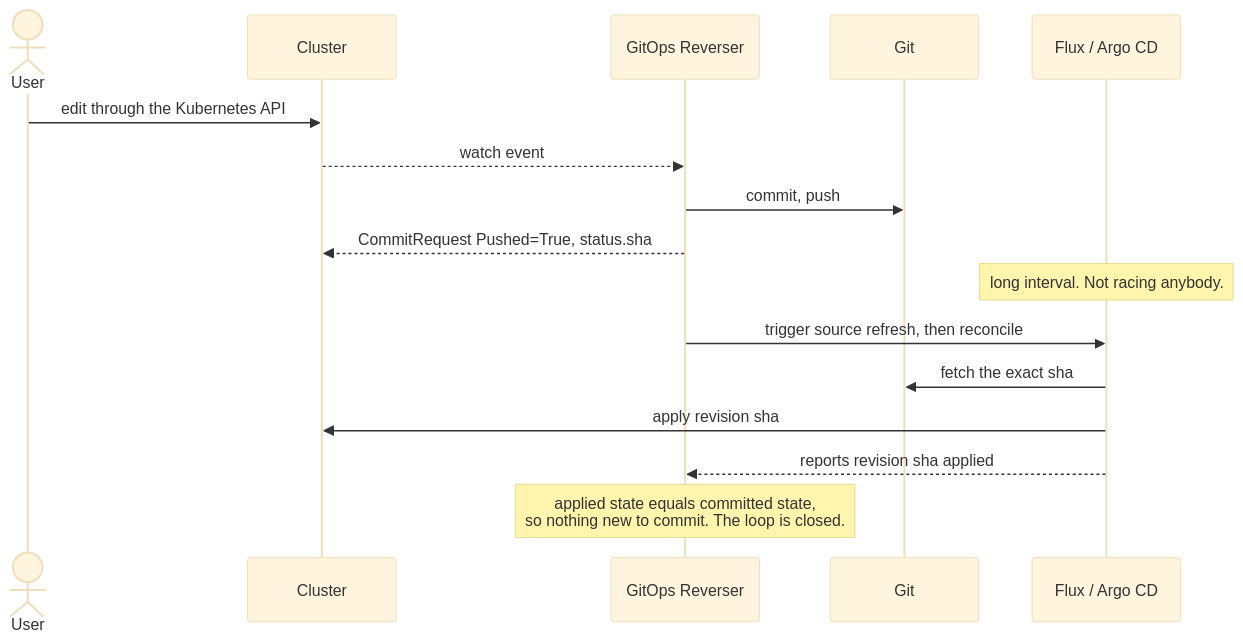
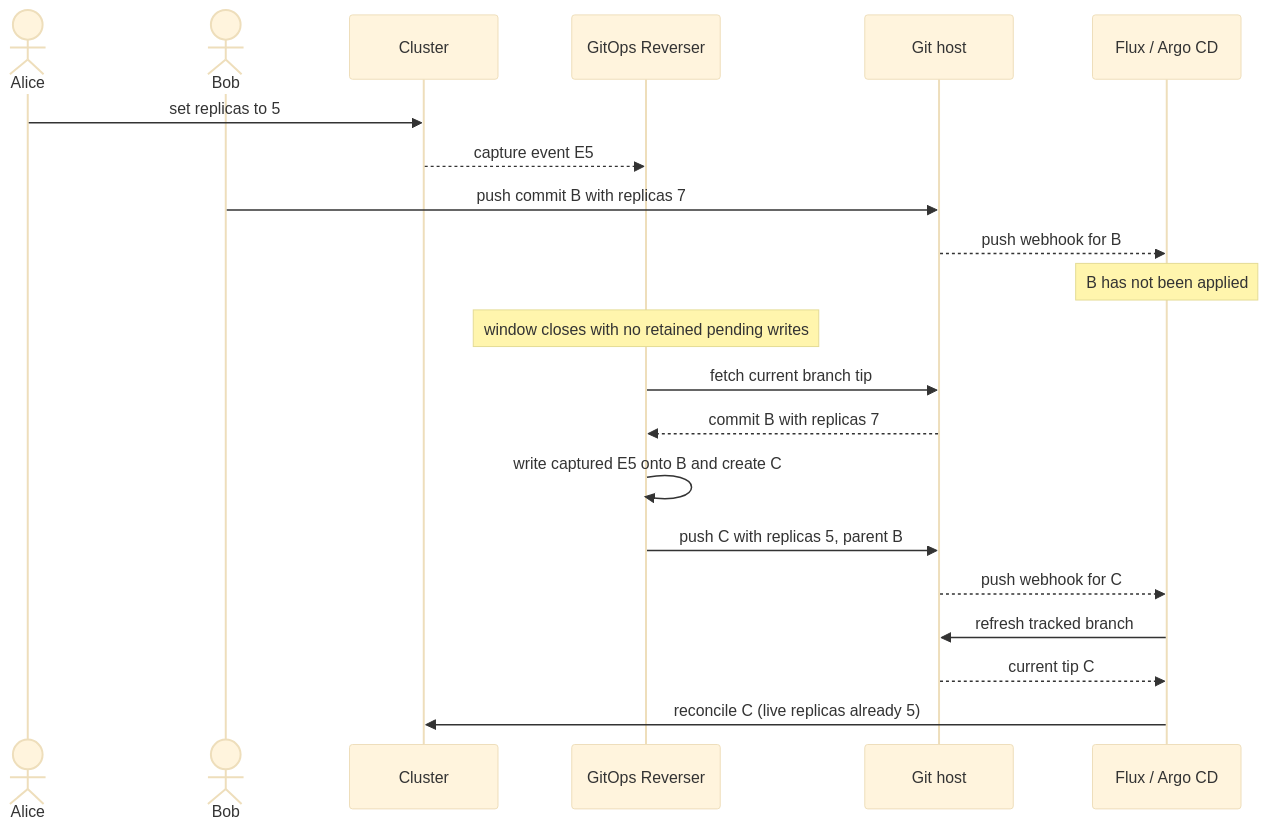
The second of 2 diagrams in docs/bi-directional.md (ConfigButler/gitops-reverser), drawn with Mermaid (base theme) before and after one commit. The commit also changed other lines of this file and 4 other files, not shown here.

````diff
--- a/docs/bi-directional.md
+++ b/docs/bi-directional.md
@@ -71,19 +292,24 @@
 ```mermaid
 sequenceDiagram
-    actor User
+    actor Alice
+    actor Bob
     participant K8s as Cluster
     participant Rev as GitOps Reverser
-    participant Git
+    participant Git as Git host
     participant Recon as Flux / Argo CD
 
-    User->>K8s: edit through the Kubernetes API
-    K8s-->>Rev: watch event
-    Rev->>Git: commit, push
-    Rev-->>K8s: CommitRequest Pushed=True, status.sha
-    Note over Recon: long interval. Not racing anybody.
-    Rev->>Recon: trigger source refresh, then reconcile
-    Recon->>Git: fetch the exact sha
-    Recon->>K8s: apply revision sha
-    Recon-->>Rev: reports revision sha applied
-    Note over Rev: applied state equals committed state,<br/>so nothing new to commit. The loop is closed.
+    Alice->>K8s: set replicas to 5
+    K8s-->>Rev: capture event E5
+    Bob->>Git: push commit B with replicas 7
+    Git-->>Recon: push webhook for B
+    Note over Recon: B has not been applied
+    Note over Rev: window closes with no retained pending writes
+    Rev->>Git: fetch current branch tip
+    Git-->>Rev: commit B with replicas 7
+    Rev->>Rev: write captured E5 onto B and create C
+    Rev->>Git: push C with replicas 5, parent B
+    Git-->>Recon: push webhook for C
+    Recon->>Git: refresh tracked branch
+    Git-->>Recon: current tip C
+    Recon->>K8s: reconcile C (live replicas already 5)
 ```
````
